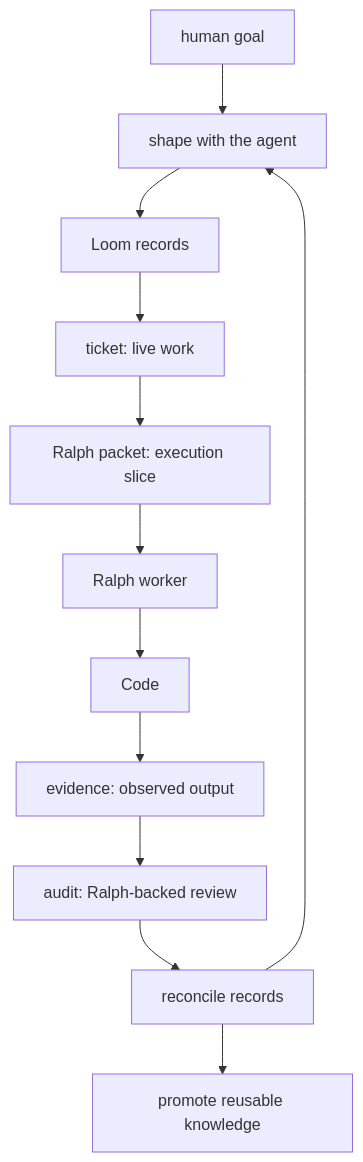
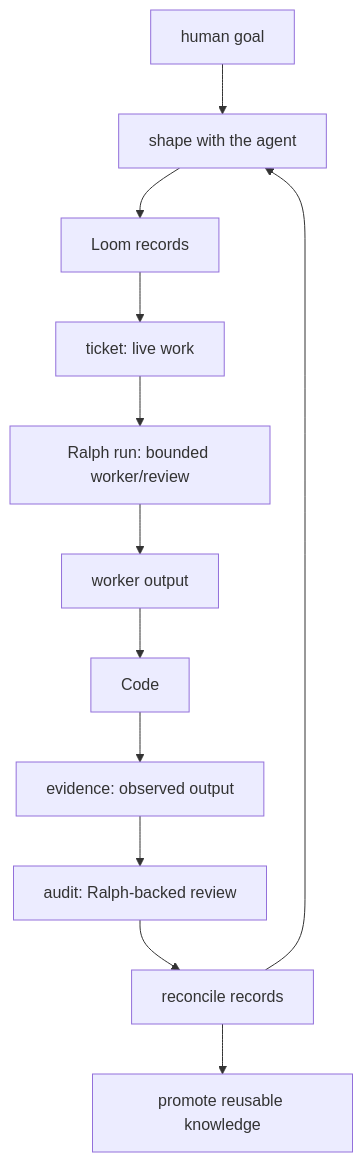
One commit to z3z1ma/10x changed the first of 2 diagrams in README.md. Above: the diagram before and after it, drawn with Mermaid. The commit also changed other lines of this file and 103 other files, not shown here.

Commit message:
feat: remove ralph packet surface and use tickets as packet to simplify impl and reduce cognitive load

````diff
--- a/README.md
+++ b/README.md
@@ -55,14 +54,14 @@
 ```mermaid
 flowchart TB
   Goal["human goal"] --> Shape["shape with the agent"]
   Shape --> Records["Loom records"]
   Records --> Ticket["ticket: live work"]
-  Ticket --> Packet["Ralph packet: execution slice"]
-  Packet --> Worker["Ralph worker"]
+  Ticket --> Ralph["Ralph run: bounded worker/review"]
+  Ralph --> Worker["worker output"]
   Worker --> Code
   Code --> Evidence["evidence: observed output"]
   Evidence --> Audit["audit: Ralph-backed review"]
   Audit --> Reconcile["reconcile records"]
   Reconcile --> Knowledge["promote reusable knowledge"]
   Reconcile --> Shape
 ```
````
